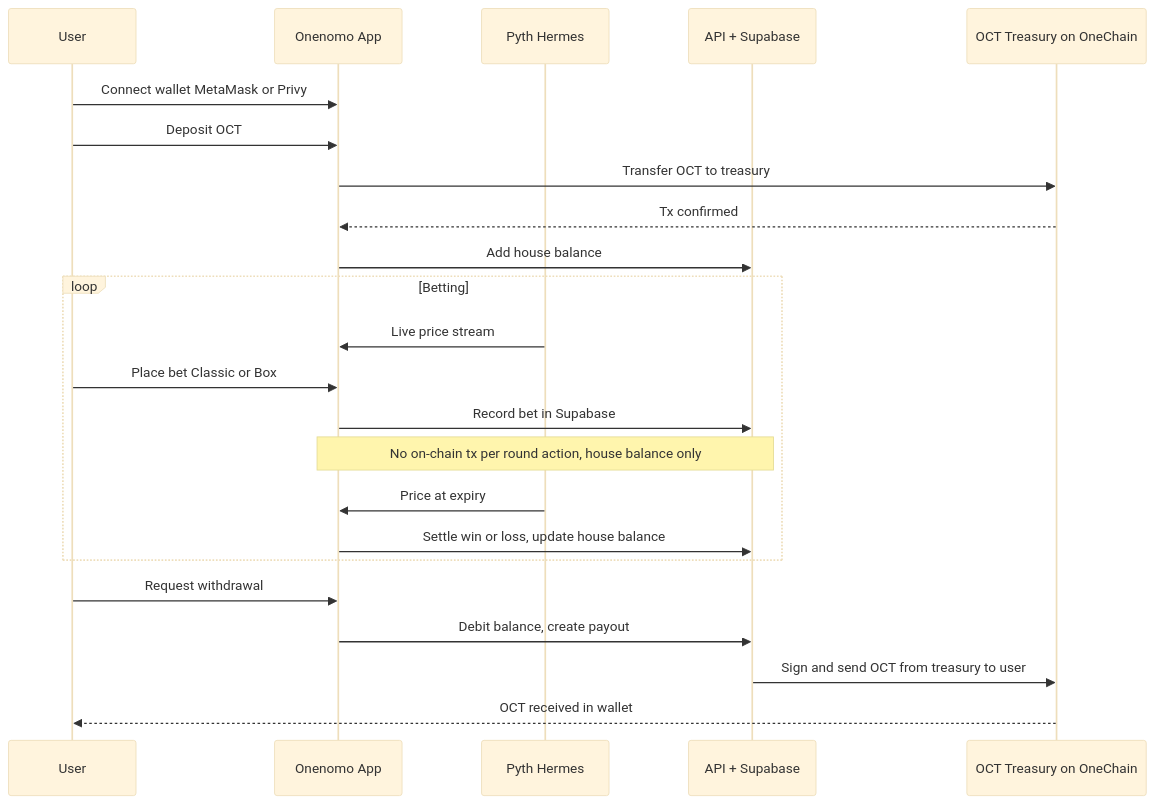
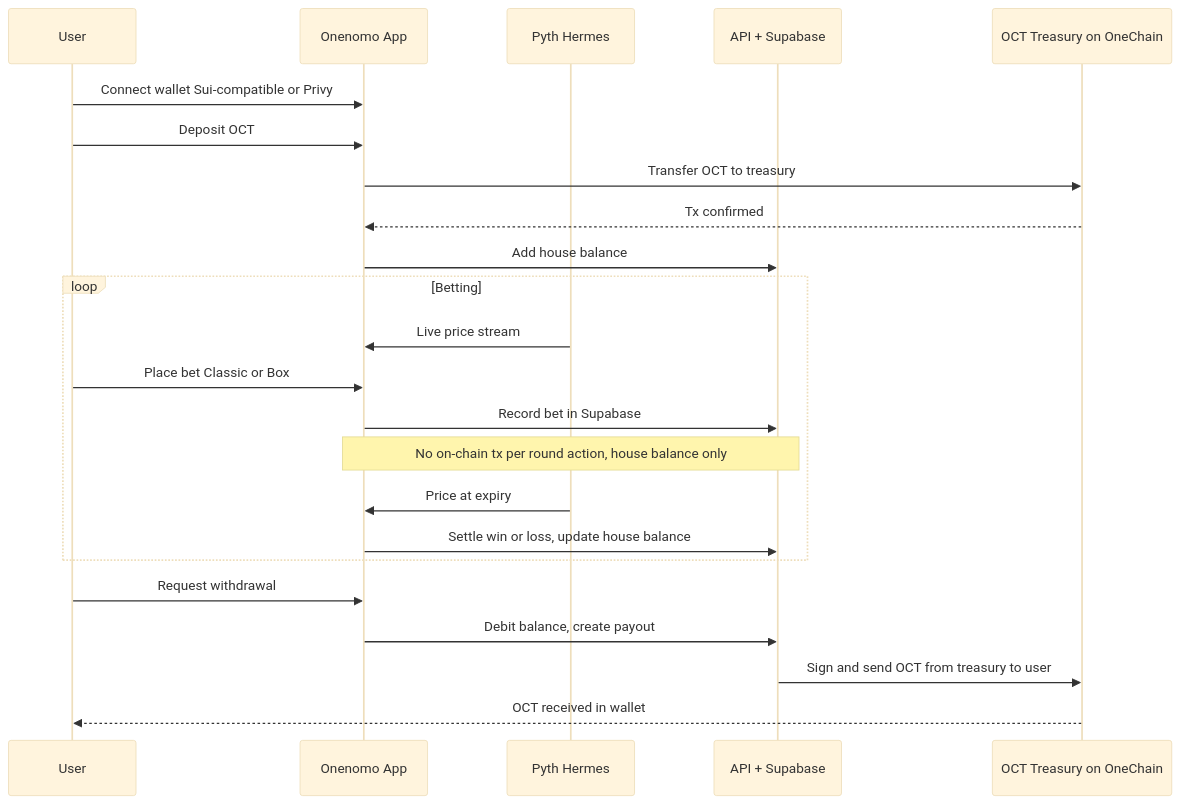
The third of 4 diagrams in README.md (AmaanSayyad/Onenomo), drawn with Mermaid (base theme) before and after one commit. The commit also changed other lines of this file, not shown here.

````diff
--- a/README.md
+++ b/README.md
@@ -228,28 +229,28 @@
 ```mermaid
 sequenceDiagram
     participant U as User
     participant App as Onenomo App
     participant P as Pyth Hermes
     participant API as API + Supabase
     participant OCT as OCT Treasury on OneChain
 
-    U->>App: Connect wallet MetaMask or Privy
+    U->>App: Connect wallet Sui-compatible or Privy
     U->>App: Deposit OCT
     App->>OCT: Transfer OCT to treasury
     OCT-->>App: Tx confirmed
     App->>API: Add house balance
 
     loop Betting
         P->>App: Live price stream
         U->>App: Place bet Classic or Box
         App->>API: Record bet in Supabase
         Note over App,API: No on-chain tx per round action, house balance only
         P->>App: Price at expiry
         App->>API: Settle win or loss, update house balance
     end
 
     U->>App: Request withdrawal
     App->>API: Debit balance, create payout
     API->>OCT: Sign and send OCT from treasury to user
     OCT-->>U: OCT received in wallet
 ```
````
